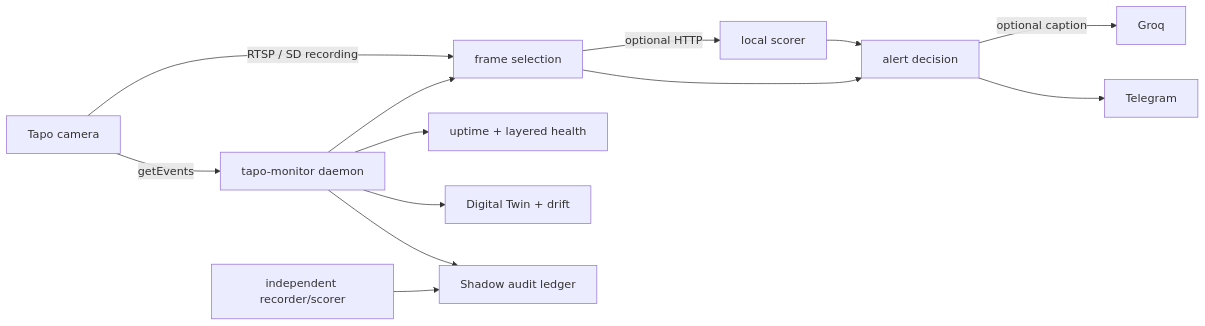
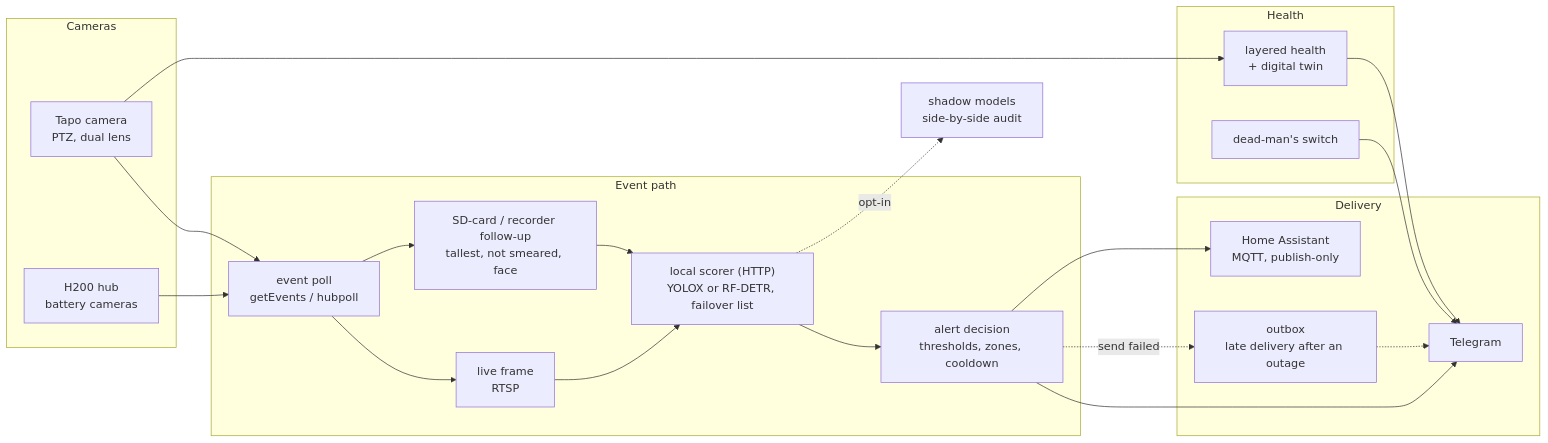
The diagram in README.md (PeterkoCZ91/tapo-monitoring), drawn with Mermaid before and after one commit. The commit also changed other lines of this file and 4 other files, not shown here.

````diff
--- a/README.md
+++ b/README.md
@@ -221,16 +226,34 @@
 ```mermaid
 flowchart LR
-    CAM["Tapo camera"] -->|"getEvents"| DAEMON["tapo-monitor daemon"]
-    CAM -->|"RTSP / SD recording"| MEDIA["frame selection"]
-    DAEMON --> MEDIA
-    MEDIA -->|"optional HTTP"| SCORE["local scorer"]
-    SCORE --> DECIDE["alert decision"]
-    MEDIA --> DECIDE
-    DECIDE -->|"optional caption"| GROQ["Groq"]
-    DECIDE --> TG["Telegram"]
-
-    DAEMON --> HEALTH["uptime + layered health"]
-    DAEMON --> TWIN["Digital Twin + drift"]
-    DAEMON --> LEDGER["Shadow audit ledger"]
-    REC["independent recorder/scorer"] --> LEDGER
+    subgraph SRC["Cameras"]
+        CAM["Tapo camera<br/>PTZ, dual lens"]
+        HUB["H200 hub<br/>battery cameras"]
+    end
+    subgraph EVT["Event path"]
+        EV["event poll<br/>getEvents / hubpoll"]
+        LIVE["live frame<br/>RTSP"]
+        FU["SD-card / recorder follow-up<br/>tallest, not smeared, face"]
+        SC["local scorer (HTTP)<br/>YOLOX or RF-DETR, failover list"]
+        DEC["alert decision<br/>thresholds, zones, cooldown"]
+    end
+    subgraph OUTP["Delivery"]
+        TG["Telegram"]
+        OB["outbox<br/>late delivery after an outage"]
+        HA["Home Assistant<br/>MQTT, publish-only"]
+    end
+    subgraph HLT["Health"]
+        HE["layered health<br/>+ digital twin"]
+        WD["dead-man's switch"]
+    end
+    CAM --> EV
+    HUB --> EV
+    EV --> LIVE --> SC
+    EV --> FU --> SC
+    SC --> DEC
+    DEC --> TG
+    DEC -.->|"send failed"| OB -.-> TG
+    DEC --> HA
+    SC -.->|"opt-in"| SH["shadow models<br/>side-by-side audit"]
+    CAM --> HE --> TG
+    WD --> TG
 ```
````
